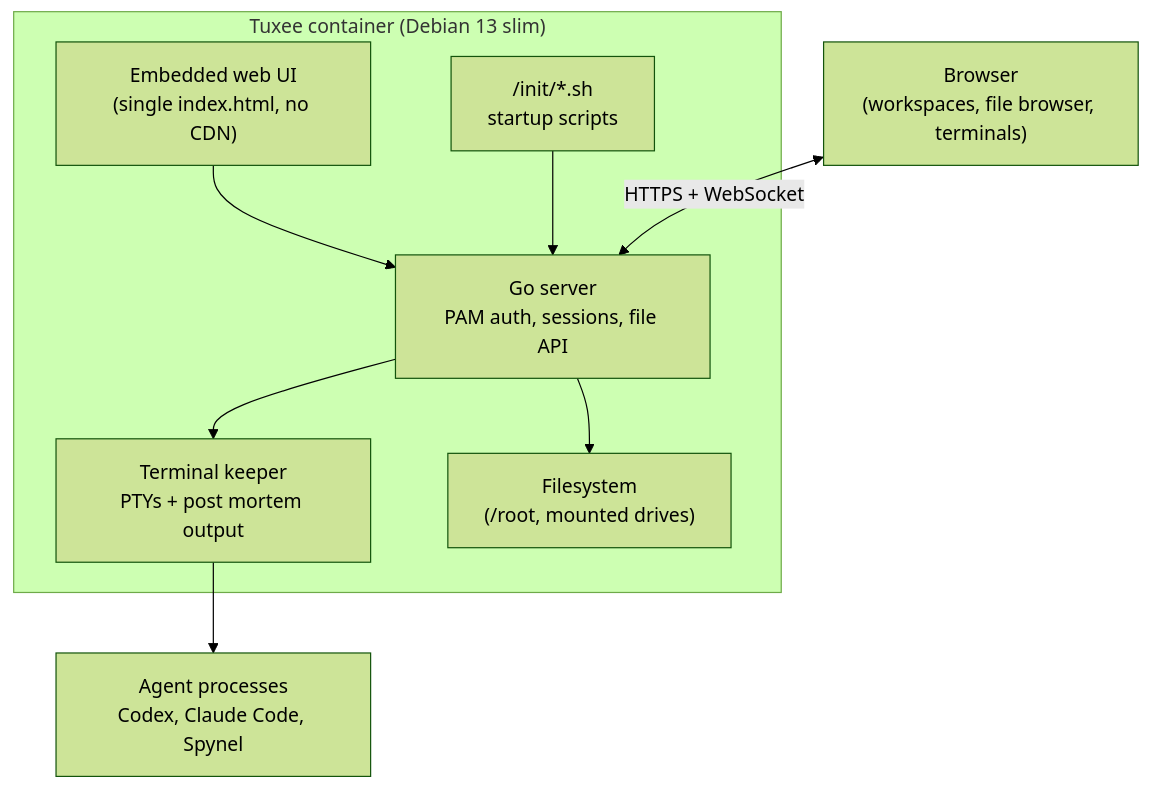
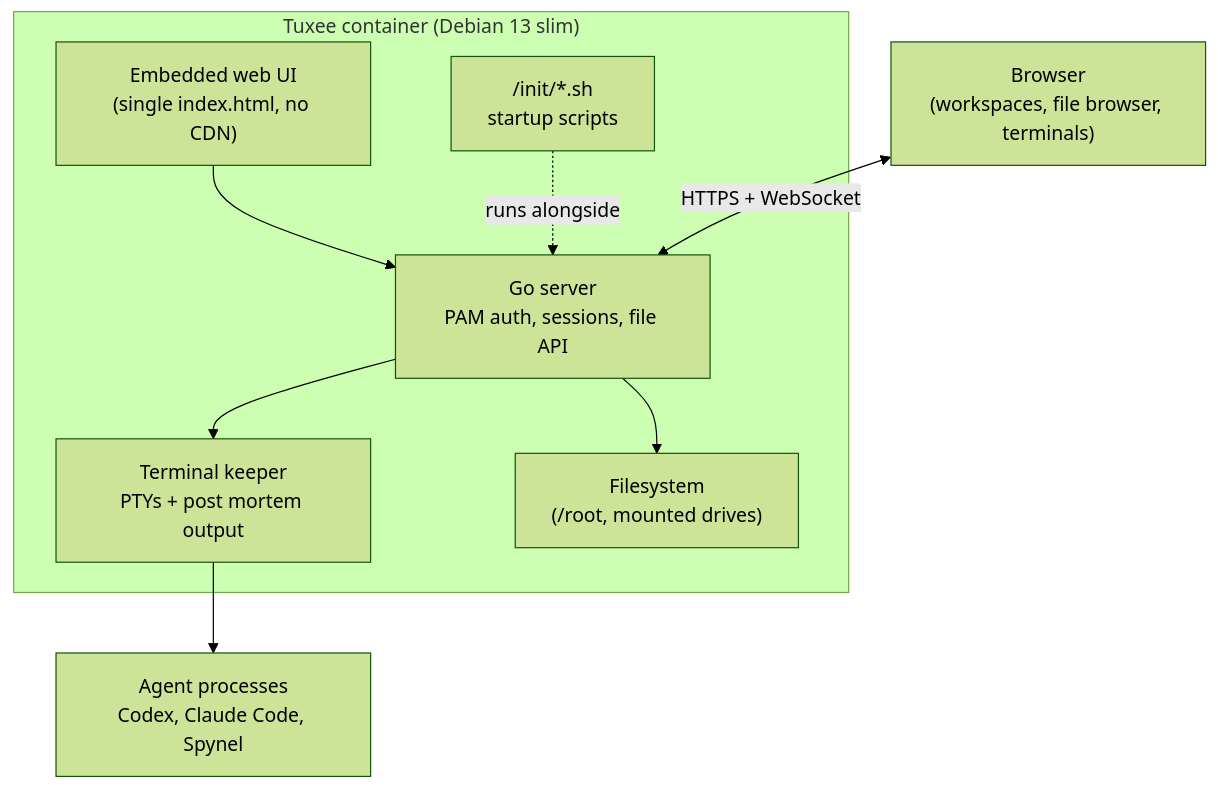
The diagram in docs/Develop-Code/AI-Development/Agents/tuxee.md (sdelrio/golden-forest), drawn with Mermaid (forest theme) before and after one commit. The commit also changed other lines of this file, not shown here.

````diff
--- a/docs/Develop-Code/AI-Development/Agents/tuxee.md
+++ b/docs/Develop-Code/AI-Development/Agents/tuxee.md
@@ -38,18 +33,18 @@
 ```mermaid
 flowchart TB
     Client["Browser<br/>(workspaces, file browser, terminals)"]
 
     subgraph Tuxee["Tuxee container (Debian 13 slim)"]
         UI["Embedded web UI<br/>(single index.html, no CDN)"]
         Go["Go server<br/>PAM auth, sessions, file API"]
         PTY["Terminal keeper<br/>PTYs + post mortem output"]
         Init["/init/*.sh<br/>startup scripts"]
         UI --> Go
         Go --> PTY
         Go --> FS["Filesystem<br/>(/root, mounted drives)"]
-        Init --> Go
+        Init -.->|"runs alongside"| Go
     end
 
     Client <-->|"HTTPS + WebSocket"| Go
     PTY --> Agents["Agent processes<br/>Codex, Claude Code, Spynel"]
 ```
````
